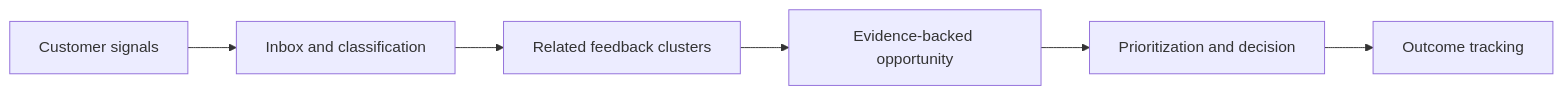
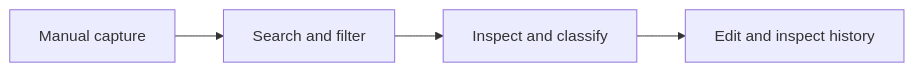
One commit to Dmitrii-Lobanov/signaldesk changed the diagram in README.md. Above: the diagram before and after it, drawn with Mermaid. The commit also changed other lines of this file, not shown here.

````diff
--- a/README.md
+++ b/README.md
@@ -74,8 +79,6 @@
 ```mermaid
 flowchart LR
-    A["Customer signals"] --> B["Inbox and classification"]
-    B --> C["Related feedback clusters"]
-    C --> D["Evidence-backed opportunity"]
-    D --> E["Prioritization and decision"]
-    E --> F["Outcome tracking"]
+    A["Manual capture"] --> B["Search and filter"]
+    B --> C["Inspect and classify"]
+    C --> D["Edit and inspect history"]
 ```
````
